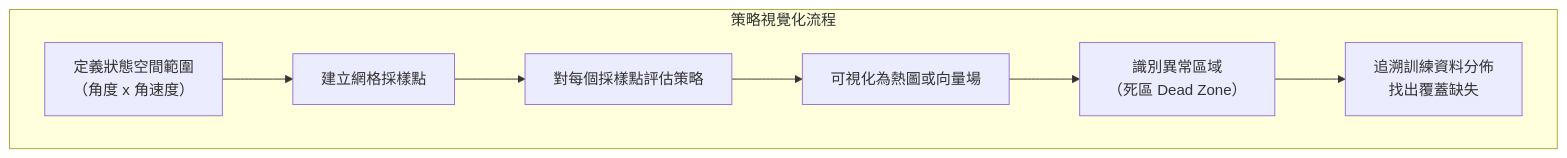
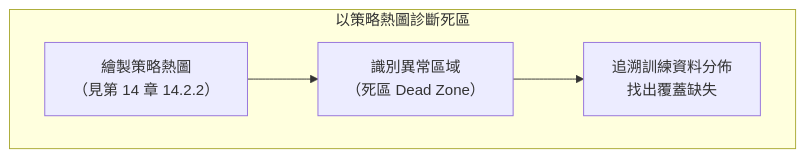
One commit to wizardhsiehcom/book changed the second of 10 diagrams in docs/aa228-safety-critical-systems/15-explainability-2.md. Above: the diagram before and after it, drawn with Mermaid. The commit also changed other lines of this file and 84 other files, not shown here.

````diff
--- a/docs/aa228-safety-critical-systems/15-explainability-2.md
+++ b/docs/aa228-safety-critical-systems/15-explainability-2.md
@@ -74,10 +58,7 @@
 ```mermaid
 graph TD
-    subgraph "策略視覺化流程"
-        A["定義狀態空間範圍<br/>（角度 x 角速度）"] --> B["建立網格採樣點"]
-        B --> C["對每個採樣點評估策略"]
-        C --> D["可視化為熱圖或向量場"]
-        D --> E["識別異常區域<br/>（死區 Dead Zone）"]
-        E --> F["追溯訓練資料分佈<br/>找出覆蓋缺失"]
+    subgraph "以策略熱圖診斷死區"
+        A["繪製策略熱圖<br/>（見第 14 章 14.2.2）"] --> B["識別異常區域<br/>（死區 Dead Zone）"]
+        B --> C["追溯訓練資料分佈<br/>找出覆蓋缺失"]
     end
 ```
````
